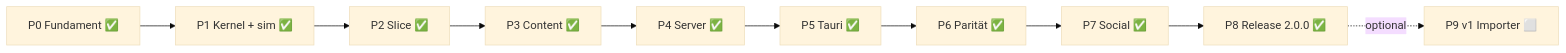
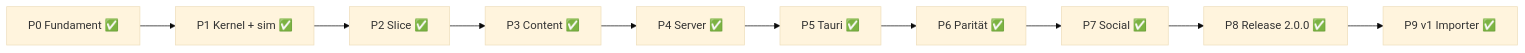
One commit to Trobikus/archiv-des-vergessens-2 changed the diagram in README.md. Above: the diagram before and after it, drawn with Mermaid (base theme). The commit also changed other lines of this file and 20 other files, not shown here.

````diff
--- a/README.md
+++ b/README.md
@@ -187,12 +187,12 @@
 ```mermaid
 graph LR
   P0["P0 Fundament ✅"] --> P1["P1 Kernel + sim ✅"]
   P1 --> P2["P2 Slice ✅"]
   P2 --> P3["P3 Content ✅"]
   P3 --> P4["P4 Server ✅"]
   P4 --> P5["P5 Tauri ✅"]
   P5 --> P6["P6 Parität ✅"]
   P6 --> P7["P7 Social ✅"]
   P7 --> P8["P8 Release 2.0.0 ✅"]
-  P8 -.optional.-> P9["P9 v1 Importer ⬜"]
+  P8 --> P9["P9 v1 Importer ✅"]
 ```
````
